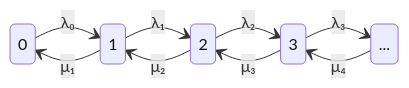
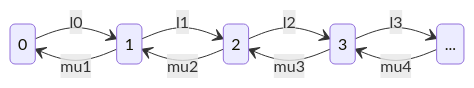
The first of 3 diagrams in docs/07-single-queue.md (stareeg/simulation-modeling-notes), drawn with Mermaid before and after one commit. The commit also changed other lines of this file and 14 other files, not shown here.

````diff
--- a/docs/07-single-queue.md
+++ b/docs/07-single-queue.md
@@ -37,18 +37,18 @@
 ```mermaid
 stateDiagram-v2
     direction LR
     state "0" as s0
     state "1" as s1
     state "2" as s2
     state "3" as s3
     state "..." as dots
 
-    s0 --> s1 : λ₀
-    s1 --> s0 : μ₁
-    s1 --> s2 : λ₁
-    s2 --> s1 : μ₂
-    s2 --> s3 : λ₂
-    s3 --> s2 : μ₃
-    s3 --> dots : λ₃
-    dots --> s3 : μ₄
+    s0 --> s1 : l0
+    s1 --> s0 : mu1
+    s1 --> s2 : l1
+    s2 --> s1 : mu2
+    s2 --> s3 : l2
+    s3 --> s2 : mu3
+    s3 --> dots : l3
+    dots --> s3 : mu4
 ```
````
